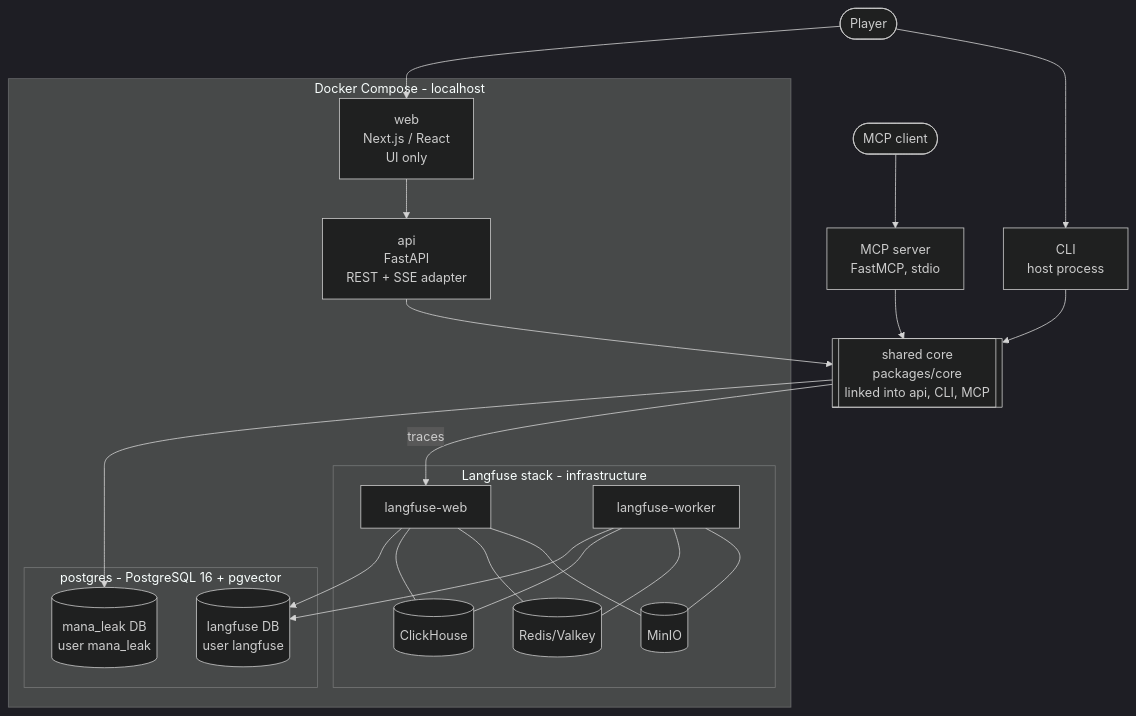
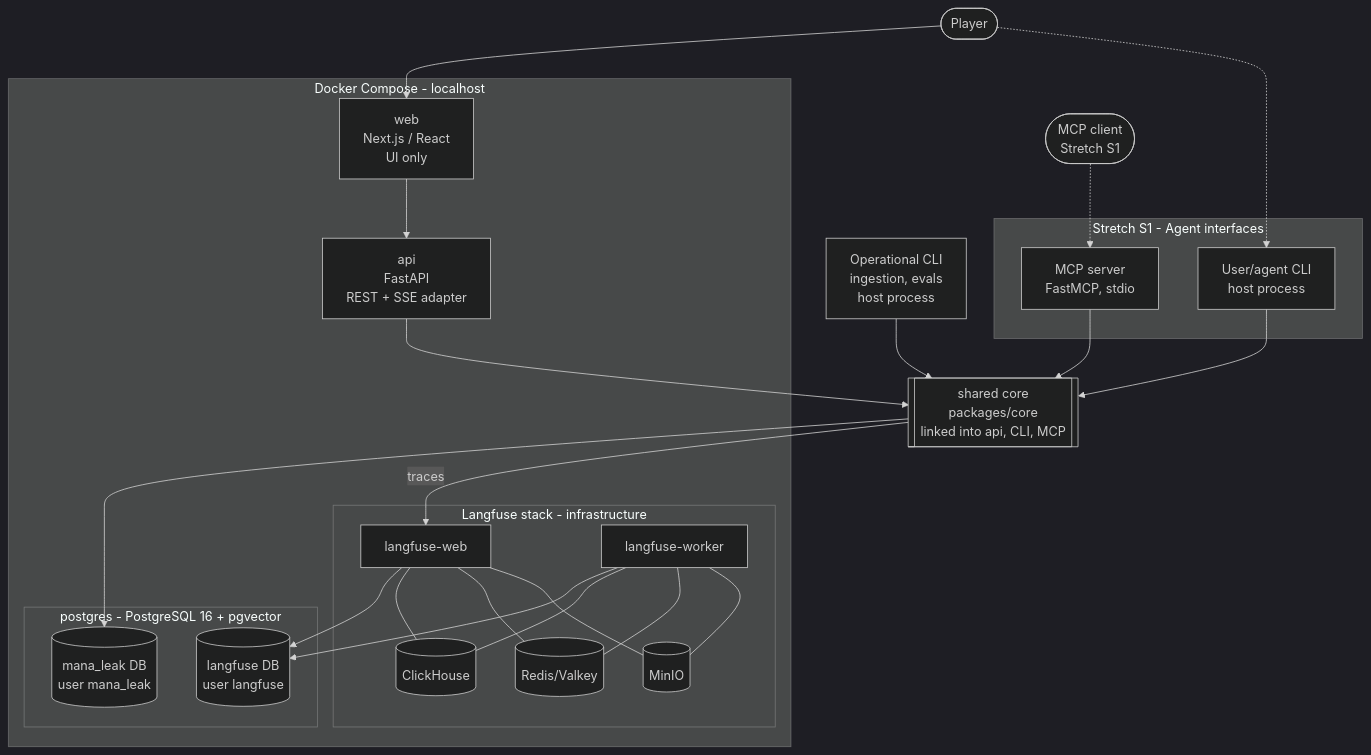
One commit to tucktuck101/mana-leak changed the second of 8 diagrams in docs/architecture.md. Above: the diagram before and after it, drawn with Mermaid (dark theme). The commit also changed other lines of this file and 9 other files, not shown here.

Commit message:
docs: round 3 review repairs; close design review gate (CLI/MCP to stretch S1, M1–M10)

````diff
--- a/docs/architecture.md
+++ b/docs/architecture.md
@@ -56,40 +56,46 @@
 ```mermaid
 flowchart TB
     user([Player])
-    mcpc([MCP client])
+    mcpc([MCP client<br/>Stretch S1])
 
     subgraph compose [Docker Compose - localhost]
         web[web<br/>Next.js / React<br/>UI only]
         api[api<br/>FastAPI<br/>REST + SSE adapter]
 
         subgraph pg [postgres - PostgreSQL 16 + pgvector]
             appdb[(mana_leak DB<br/>user mana_leak)]
             lfdb[(langfuse DB<br/>user langfuse)]
         end
 
         subgraph lfstack [Langfuse stack - infrastructure]
             lfweb[langfuse-web]
             lfworker[langfuse-worker]
             ch[(ClickHouse)]
             redis[(Redis/Valkey)]
             minio[(MinIO)]
         end
     end
 
-    cli[CLI<br/>host process]
-    mcp[MCP server<br/>FastMCP, stdio]
+    opcli[Operational CLI<br/>ingestion, evals<br/>host process]
+
+    subgraph s1 [Stretch S1 - Agent interfaces]
+        cli[User/agent CLI<br/>host process]
+        mcp[MCP server<br/>FastMCP, stdio]
+    end
+
     core[[shared core<br/>packages/core<br/>linked into api, CLI, MCP]]
 
     user --> web --> api
-    user --> cli
-    mcpc --> mcp
+    opcli --> core
+    user -.-> cli
+    mcpc -.-> mcp
     api --> core
     cli --> core
     mcp --> core
     core --> appdb
     core -->|traces| lfweb
     lfweb --> lfdb
     lfworker --> lfdb
     lfweb --- ch & redis & minio
     lfworker --- ch & redis & minio
 ```
````
